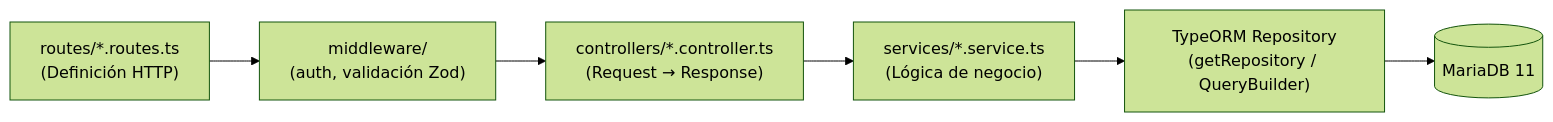
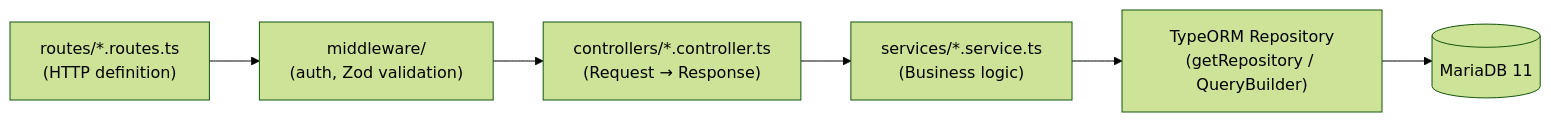
One commit to Murias10/TeachingPlanner changed the fourth of 10 diagrams in docs/capitulo5_diseno.md. Above: the diagram before and after it, drawn with Mermaid (forest theme). The commit also changed other lines of this file and 2 other files, not shown here.

````diff
--- a/docs/capitulo5_diseno.md
+++ b/docs/capitulo5_diseno.md
@@ -264,8 +278,8 @@
 ```mermaid
 graph LR
-    A["routes/*.routes.ts\n(Definición HTTP)"] --> B["middleware/\n(auth, validación Zod)"]
+    A["routes/*.routes.ts\n(HTTP definition)"] --> B["middleware/\n(auth, Zod validation)"]
     B --> C["controllers/*.controller.ts\n(Request → Response)"]
-    C --> D["services/*.service.ts\n(Lógica de negocio)"]
+    C --> D["services/*.service.ts\n(Business logic)"]
     D --> E["TypeORM Repository\n(getRepository / QueryBuilder)"]
     E --> F[("MariaDB 11")]
 ```
````
